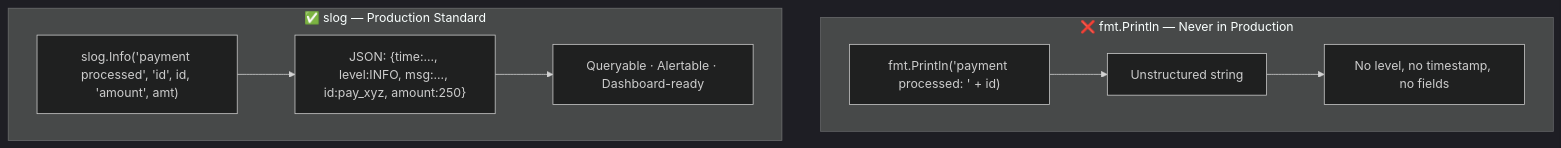
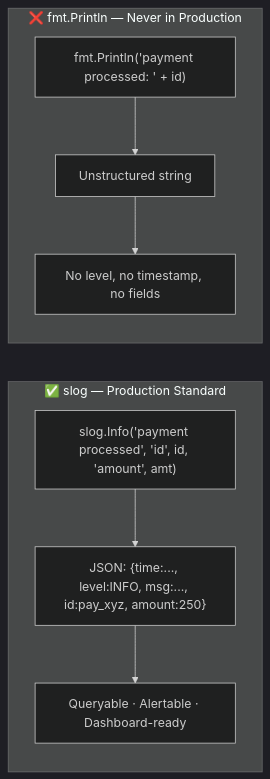
The eighth of 8 diagrams in internal/fundamentals/security-and-observability/03-structured-logging-slog.md (romangurevitch/GoTraining), drawn with Mermaid (dark theme) before and after one commit. The commit also changed other lines of this file and 20 other files, not shown here.

````diff
--- a/internal/fundamentals/security-and-observability/03-structured-logging-slog.md
+++ b/internal/fundamentals/security-and-observability/03-structured-logging-slog.md
@@ -177,16 +193,20 @@
 ```mermaid
-graph TB
+graph TD
     subgraph FMT["❌ fmt.Println — Never in Production"]
+        direction TB
         F1["fmt.Println('payment processed: ' + id)"]
         F2["Unstructured string"]
         F3["No level, no timestamp, no fields"]
         F1 --> F2 --> F3
     end
 
+    FMT ~~~ SLOG
+
     subgraph SLOG["✅ slog — Production Standard"]
+        direction TB
         S1["slog.Info('payment processed', 'id', id, 'amount', amt)"]
         S2["JSON: {time:..., level:INFO, msg:..., id:pay_xyz, amount:250}"]
         S3["Queryable · Alertable · Dashboard-ready"]
         S1 --> S2 --> S3
     end
 ```
````
